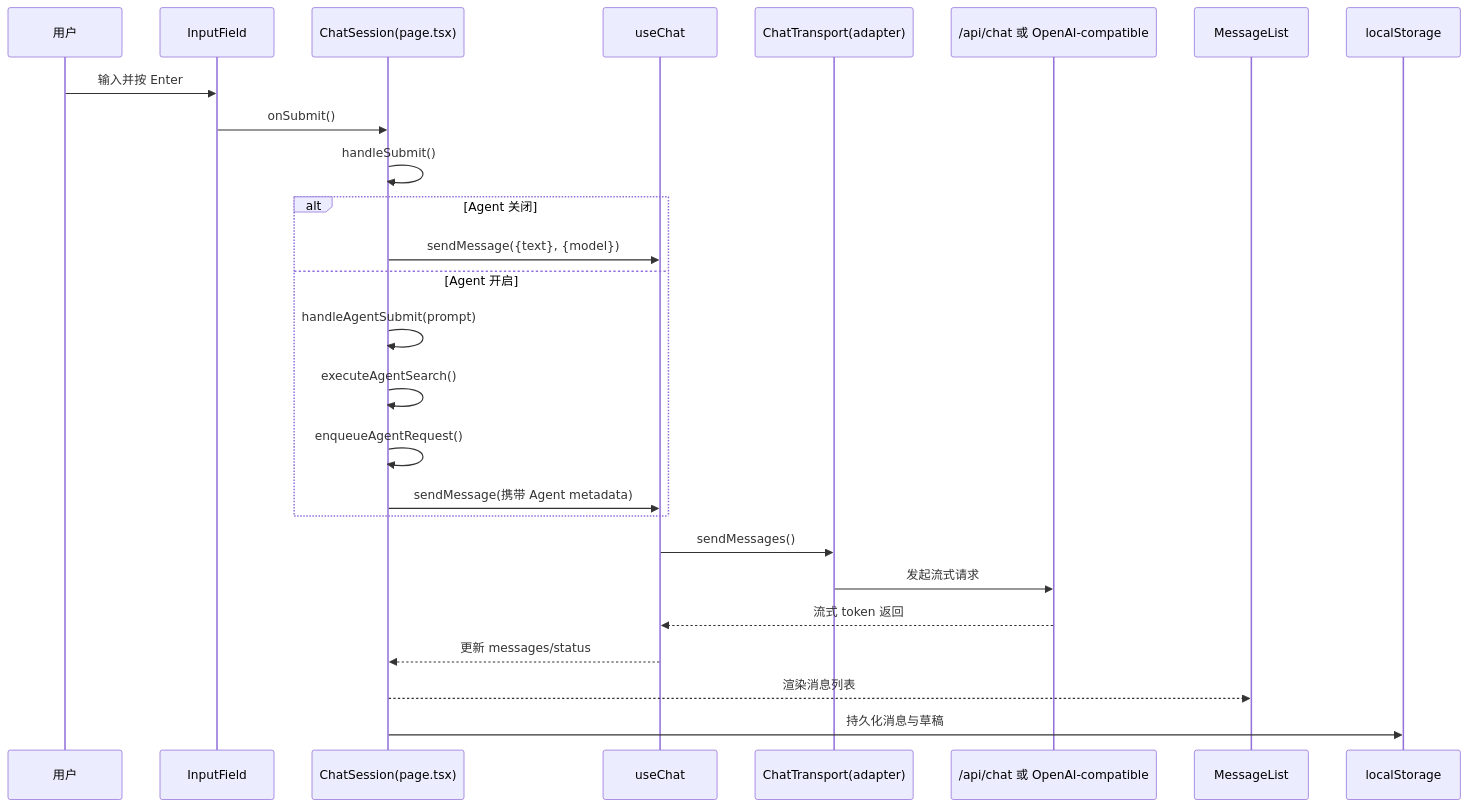
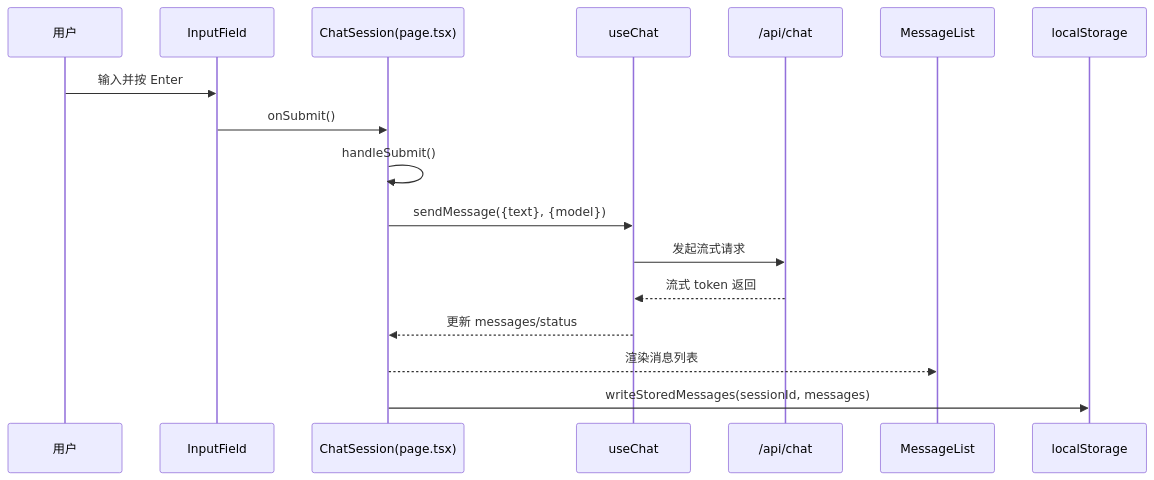
Before and after one commit to alicesainta-sketch/deepscan: the second of 3 diagrams in docs/page-structure.md, drawn with Mermaid. The commit also changed other lines of this file and 4 other files, not shown here.

````diff
--- a/docs/page-structure.md
+++ b/docs/page-structure.md
@@ -28,31 +28,21 @@
 ```mermaid
 sequenceDiagram
     participant U as 用户
     participant IF as InputField
     participant P as ChatSession(page.tsx)
     participant UC as useChat
-    participant TP as ChatTransport(adapter)
-    participant API as /api/chat 或 OpenAI-compatible
+    participant API as /api/chat
     participant ML as MessageList
     participant LS as localStorage
 
     U->>IF: 输入并按 Enter
     IF->>P: onSubmit()
     P->>P: handleSubmit()
+    P->>UC: sendMessage({text}, {model})
 
-    alt Agent 关闭
-        P->>UC: sendMessage({text}, {model})
-    else Agent 开启
-        P->>P: handleAgentSubmit(prompt)
-        P->>P: executeAgentSearch()
-        P->>P: enqueueAgentRequest()
-        P->>UC: sendMessage(携带 Agent metadata)
-    end
-
-    UC->>TP: sendMessages()
-    TP->>API: 发起流式请求
+    UC->>API: 发起流式请求
     API-->>UC: 流式 token 返回
     UC-->>P: 更新 messages/status
     P-->>ML: 渲染消息列表
-    P->>LS: 持久化消息与草稿
+    P->>LS: writeStoredMessages(sessionId, messages)
 ```
````
